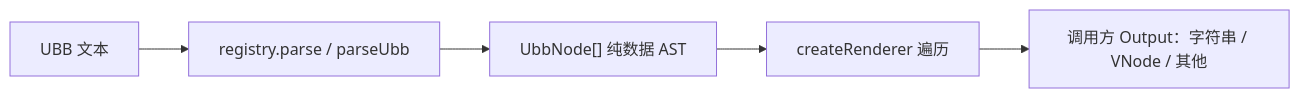
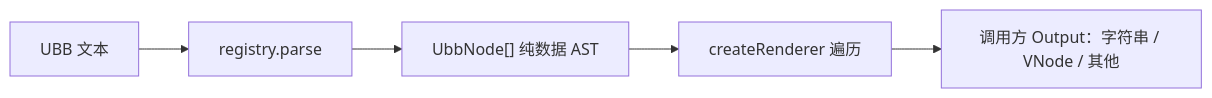
Before and after one commit to shellRaining/cc98: the second of 2 diagrams in packages/ubb/ARCHITECTURE.md, drawn with Mermaid. The commit also changed other lines of this file and 50 other files, not shown here.

````diff
--- a/packages/ubb/ARCHITECTURE.md
+++ b/packages/ubb/ARCHITECTURE.md
@@ -37,7 +37,7 @@
 ```mermaid
 flowchart LR
-  src["UBB 文本"] --> parse["registry.parse / parseUbb"]
+  src["UBB 文本"] --> parse["registry.parse"]
   parse --> ast["UbbNode[] 纯数据 AST"]
   ast --> render["createRenderer 遍历"]
   render --> out["调用方 Output：字符串 / VNode / 其他"]
 ```
````
